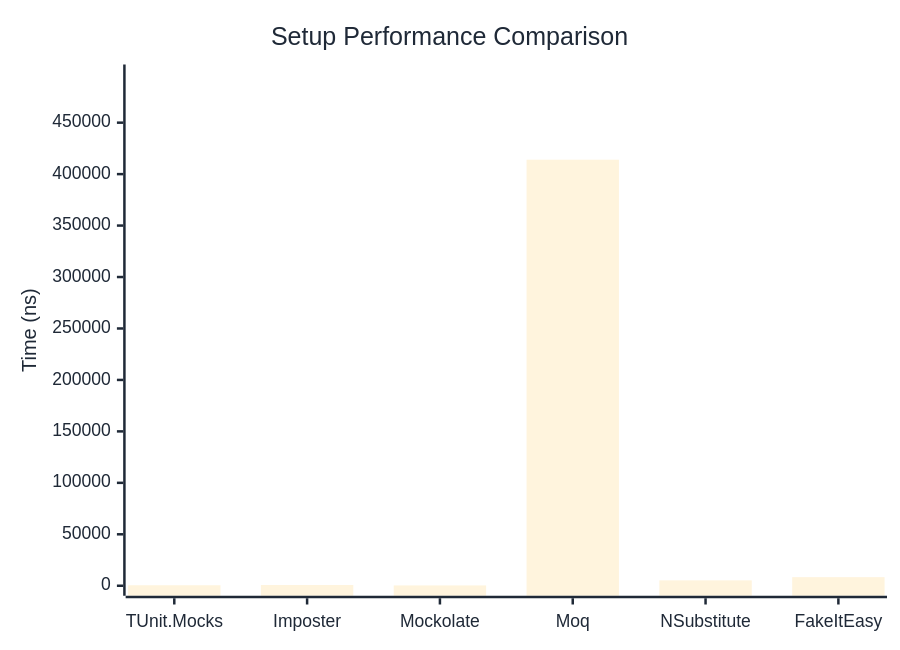
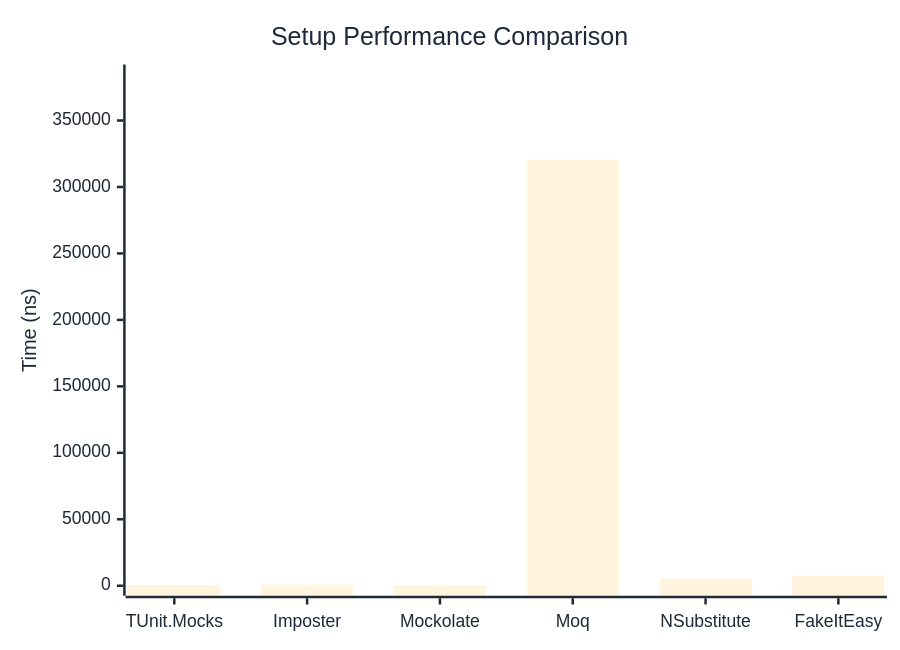
The first of 2 diagrams in docs/docs/benchmarks/mocks/Setup.md (thomhurst/TUnit), drawn with Mermaid before and after one commit. The commit also changed other lines of this file and 14 other files, not shown here.

````diff
--- a/docs/docs/benchmarks/mocks/Setup.md
+++ b/docs/docs/benchmarks/mocks/Setup.md
@@ -30,27 +30,27 @@
 ```mermaid
 %%{init: {
   'theme':'base',
   'themeVariables': {
     'primaryColor': '#2563eb',
     'primaryTextColor': '#1f2937',
     'primaryBorderColor': '#1e40af',
     'lineColor': '#6b7280',
     'secondaryColor': '#7c3aed',
     'tertiaryColor': '#dc2626',
     'background': '#ffffff',
     'pie1': '#2563eb',
     'pie2': '#7c3aed',
     'pie3': '#dc2626',
     'pie4': '#f59e0b',
     'pie5': '#10b981',
     'pie6': '#06b6d4',
     'pie7': '#ec4899',
     'pie8': '#6366f1'
   }
 }}%%
 xychart-beta
   title "Setup Performance Comparison"
   x-axis ["TUnit.Mocks", "Imposter", "Mockolate", "Moq", "NSubstitute", "FakeItEasy"]
-  y-axis "Time (ns)" 0 --> 496803
-  bar [483.2, 741.2, 314.3, 414002.2, 5239.1, 8339]
+  y-axis "Time (ns)" 0 --> 384614
+  bar [588.4, 828.5, 371.1, 320511.4, 5389.5, 7696.3]
 ```
````
